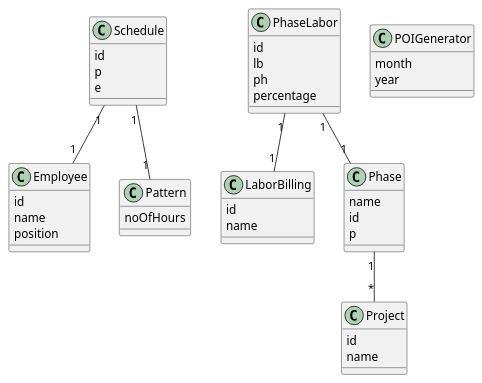
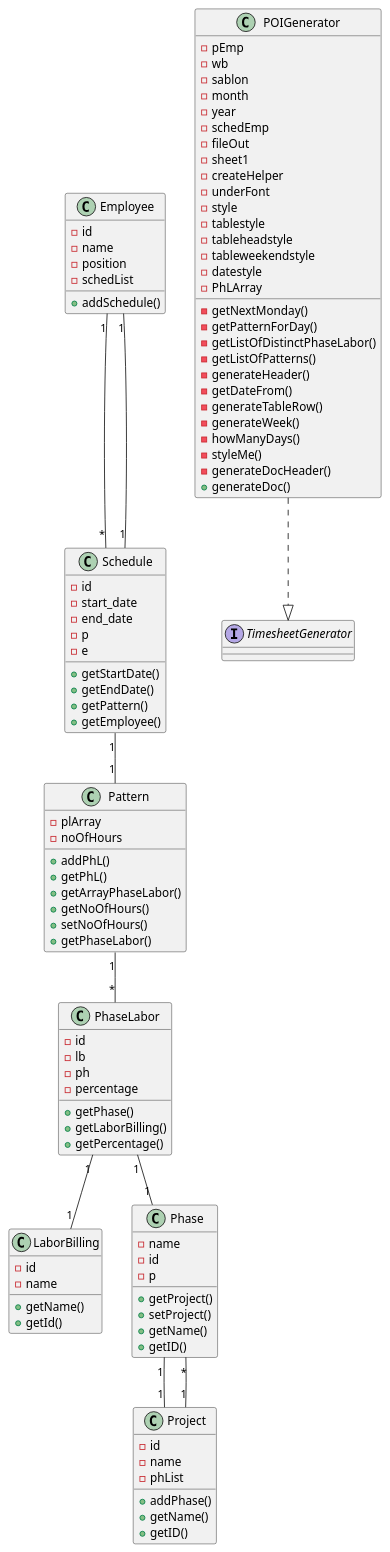
Before and after one commit to sh4r10/thesis-autogen-classdiagrams: the diagram in artefacts/controlled-experiment/project-4/t5-haf.puml, drawn with PlantUML. The commit also changed other lines of this file and 171 other files, not shown here.

```diff
--- a/artefacts/controlled-experiment/project-4/t5-haf.puml
+++ b/artefacts/controlled-experiment/project-4/t5-haf.puml
@@ -1,51 +1,114 @@
 @startuml
+
 class Employee {
-    id
-    name
-    position
+    - id
+    - name
+    - position
+    - schedList
+    + addSchedule()
 }
 
 class LaborBilling {
-    id
-    name
+    - id
+    - name
+    + getName()
+    + getId()
 }
 
 class Pattern {
-    noOfHours
+    - plArray
+    - noOfHours
+    + addPhL()
+    + getPhL()
+    + getArrayPhaseLabor()
+    + getNoOfHours()
+    + setNoOfHours()
+    + getPhaseLabor()
 }
 
 class Phase {
-    name
-    id
-    p
+    - name
+    - id
+    - p
+    + getProject()
+    + setProject()
+    + getName()
+    + getID()
 }
 
 class PhaseLabor {
-    id
-    lb
-    ph
-    percentage
+    - id
+    - lb
+    - ph
+    - percentage
+    + getPhase()
+    + getLaborBilling()
+    + getPercentage()
 }
 
 class POIGenerator {
-    month
-    year
+    - pEmp
+    - wb
+    - sablon
+    - month
+    - year
+    - schedEmp
+    - fileOut
+    - sheet1
+    - createHelper
+    - underFont
+    - style
+    - tablestyle
+    - tableheadstyle
+    - tableweekendstyle
+    - datestyle
+    - PhLArray
+    - getNextMonday()
+    - getPatternForDay()
+    - getListOfDistinctPhaseLabor()
+    - getListOfPatterns()
+    - generateHeader()
+    - getDateFrom()
+    - generateTableRow()
+    - generateWeek()
+    - howManyDays()
+    - styleMe()
+    - generateDocHeader()
+    + generateDoc()
 }
 
 class Project {
-    id
-    name
+    - id
+    - name
+    - phList
+    + addPhase()
+    + getName()
+    + getID()
 }
 
 class Schedule {
-    id
-    p
-    e
+    - id
+    - start_date
+    - end_date
+    - p
+    - e
+    + getStartDate()
+    + getEndDate()
+    + getPattern()
+    + getEmployee()
 }
 
-Phase "1" -- "*" Project
+interface TimesheetGenerator {
+}
+
+POIGenerator ..|> TimesheetGenerator
+Employee "1" -- "*" Schedule
+Schedule "1" -- "1" Pattern
+Schedule "1" -- "1" Employee
+Pattern "1" -- "*" PhaseLabor
 PhaseLabor "1" -- "1" LaborBilling
 PhaseLabor "1" -- "1" Phase
-Schedule "1" -- "1" Pattern
-Schedule "1" -- "1" Employee
+Phase "1" -- "1" Project
+Project "1" -- "*" Phase
+
 @enduml
```
